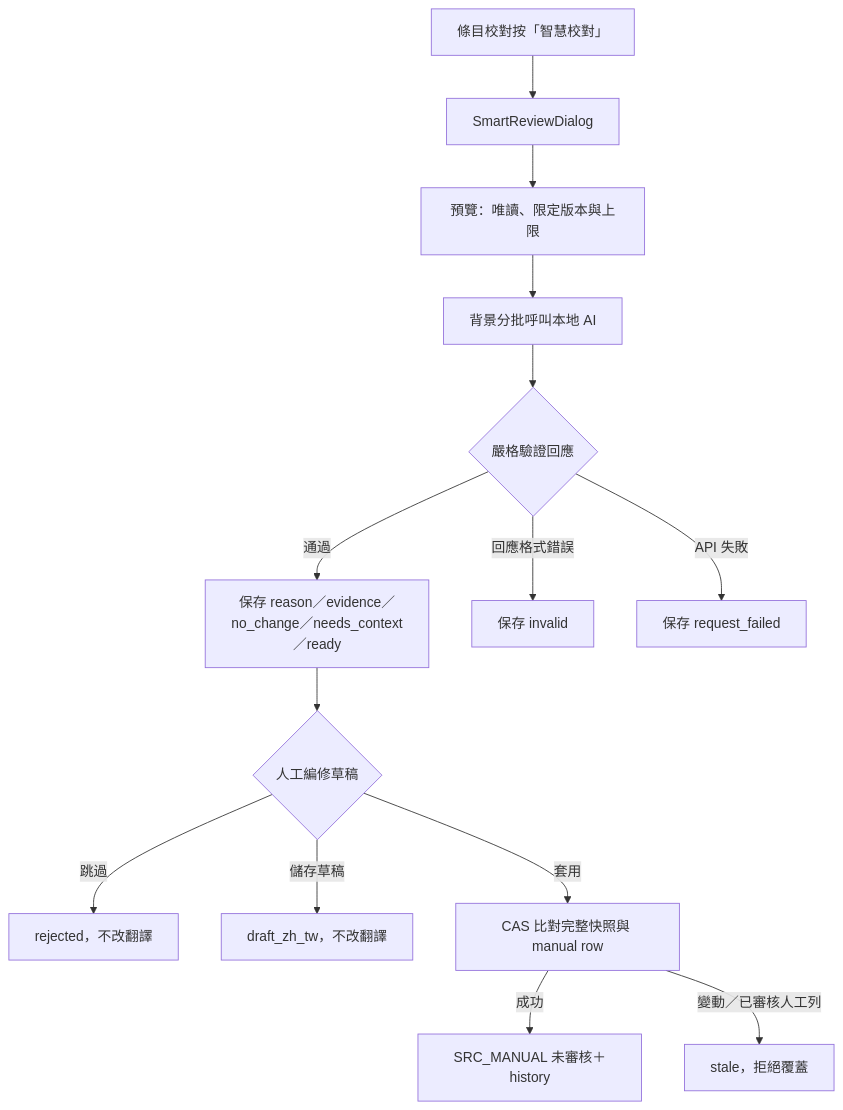
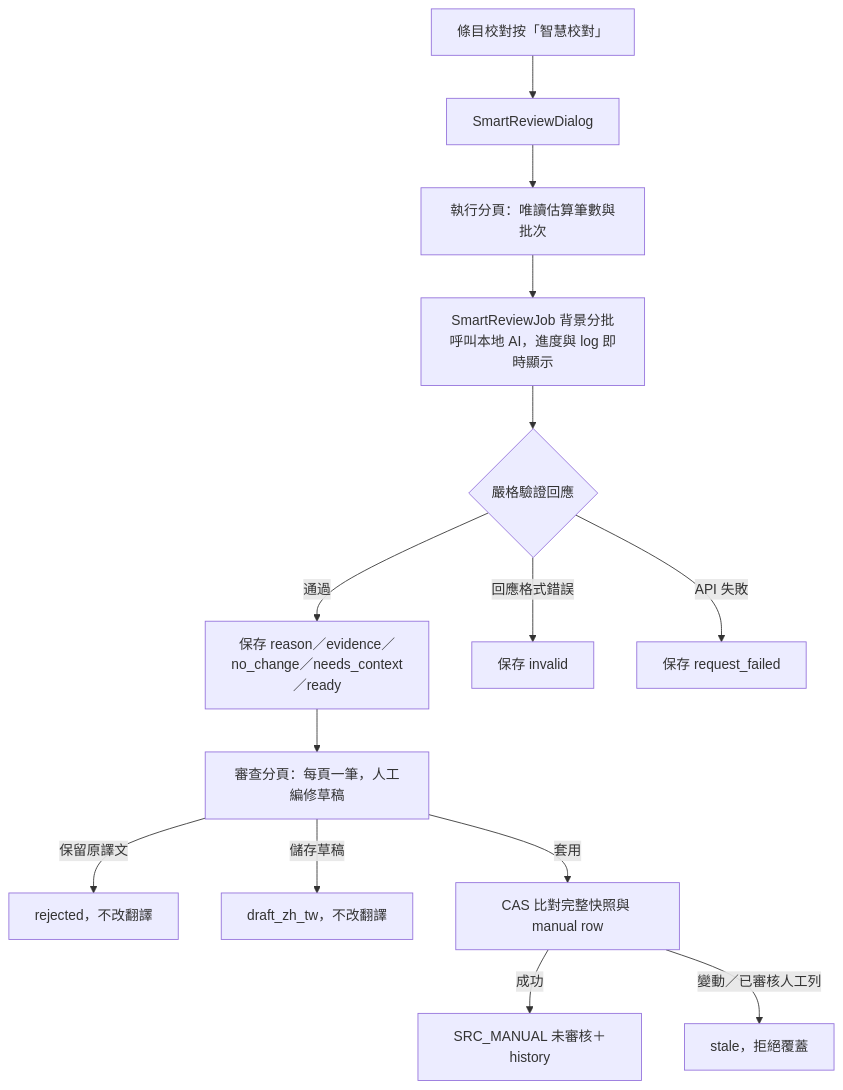
One commit to jlin53882/Minecraft-translate changed the fourth of 8 diagrams in docs/page_flows/moddb.md. Above: the diagram before and after it, drawn with Mermaid. The commit also changed other lines of this file and 12 other files, not shown here.

Commit message:
feat: modularize smart review workflow

````diff
--- a/docs/page_flows/moddb.md
+++ b/docs/page_flows/moddb.md
@@ -100,16 +107,16 @@
 ```mermaid
 flowchart TD
     A[條目校對按「智慧校對」] --> B[SmartReviewDialog]
-    B --> C[預覽：唯讀、限定版本與上限]
-    C --> D[背景分批呼叫本地 AI]
+    B --> C[執行分頁：唯讀估算筆數與批次]
+    C --> D[SmartReviewJob 背景分批呼叫本地 AI，進度與 log 即時顯示]
     D --> E{嚴格驗證回應}
     E -- 通過 --> F[保存 reason／evidence／no_change／needs_context／ready]
     E -- 回應格式錯誤 --> G[保存 invalid]
     E -- API 失敗 --> H[保存 request_failed]
-    F --> I{人工編修草稿}
-    I -- 跳過 --> J[rejected，不改翻譯]
+    F --> I[審查分頁：每頁一筆，人工編修草稿]
+    I -- 保留原譯文 --> J[rejected，不改翻譯]
     I -- 儲存草稿 --> K[draft_zh_tw，不改翻譯]
     I -- 套用 --> L[CAS 比對完整快照與 manual row]
     L -- 成功 --> M[SRC_MANUAL 未審核＋history]
     L -- 變動／已審核人工列 --> N[stale，拒絕覆蓋]
 ```
````
